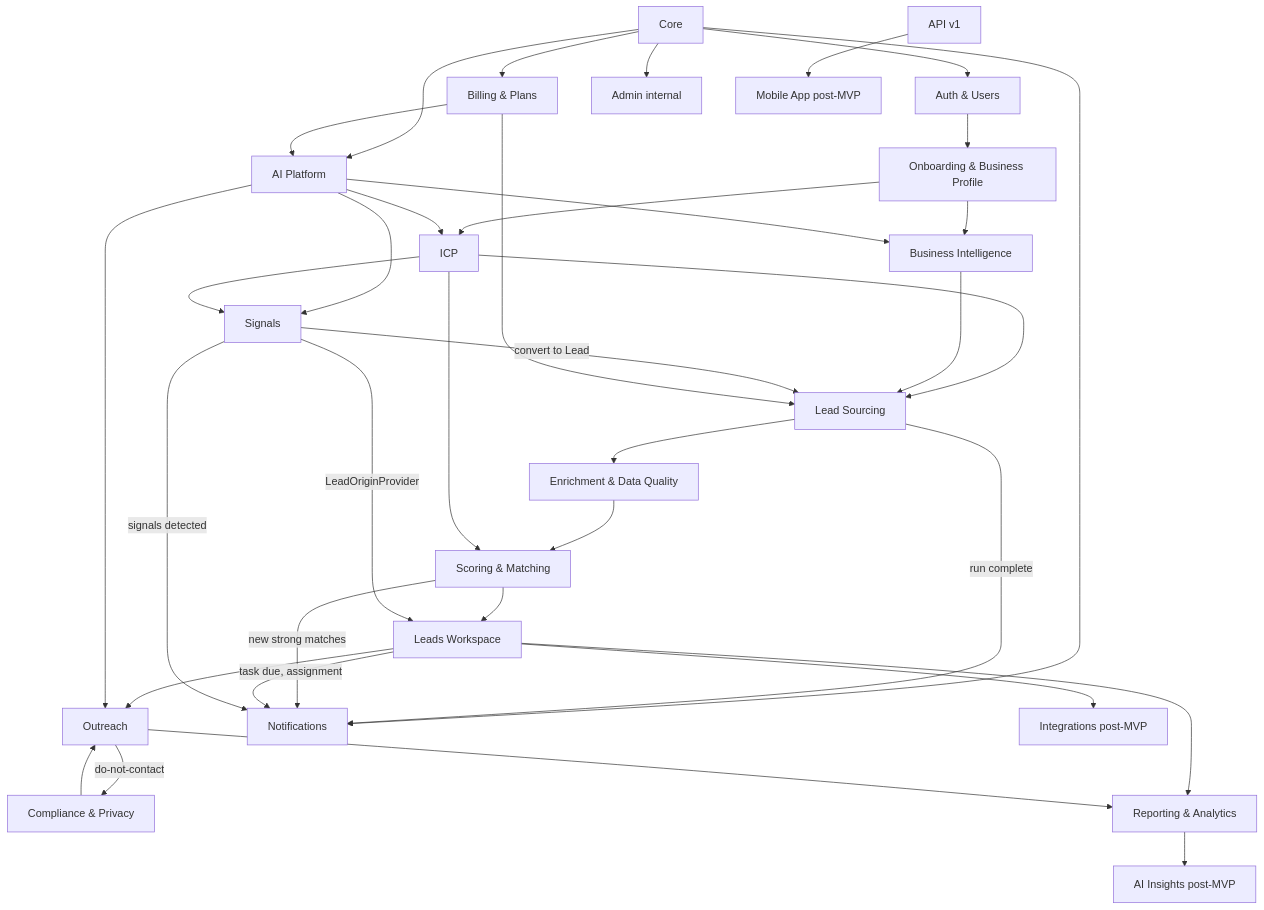
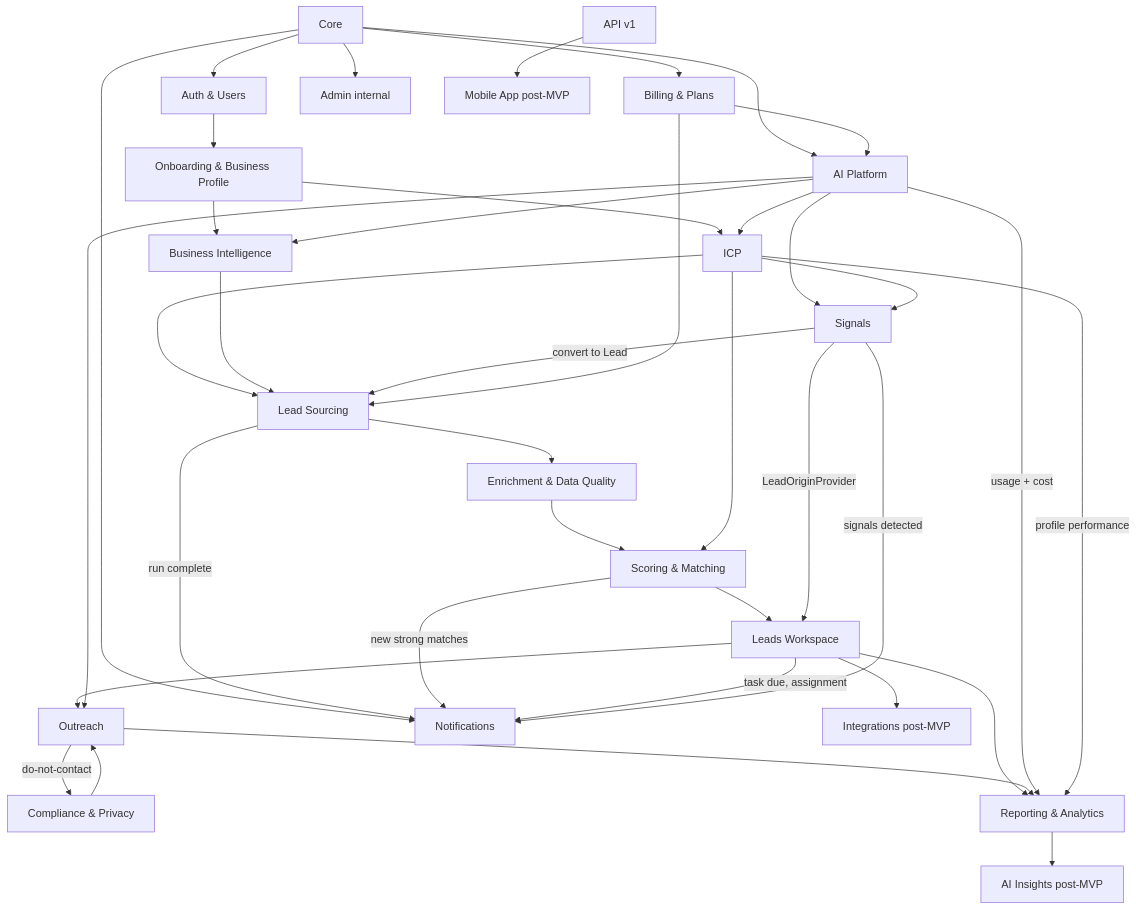
One commit to LordWatson/AlimaProspects changed the second of 2 diagrams in docs/architecture.md. Above: the diagram before and after it, drawn with Mermaid. The commit also changed other lines of this file and 65 other files, not shown here.

````diff
--- a/docs/architecture.md
+++ b/docs/architecture.md
@@ -39,38 +39,40 @@
 ```mermaid
 flowchart TD
   Core --> Auth[Auth & Users]
   Core --> AIp[AI Platform]
   Auth --> Onb[Onboarding & Business Profile]
   Onb --> BI[Business Intelligence]
   Onb --> ICP
   AIp --> BI
   AIp --> ICP
   ICP --> LS[Lead Sourcing]
   BI --> LS
   LS --> Enr[Enrichment & Data Quality]
   Enr --> Sc[Scoring & Matching]
   ICP --> Sc
   Sc --> LW[Leads Workspace]
   AIp --> Sig[Signals]
   ICP --> Sig
   Sig -->|convert to Lead| LS
   Sig -->|LeadOriginProvider| LW
   LW --> Out[Outreach]
   AIp --> Out
   Comp[Compliance & Privacy] --> Out
   LW --> Rep[Reporting & Analytics]
   Out --> Rep
+  AIp -->|usage + cost| Rep
+  ICP -->|profile performance| Rep
   Rep --> Ins[AI Insights post-MVP]
   Core --> Notif[Notifications]
   LS -->|run complete| Notif
   Sc -->|new strong matches| Notif
   LW -->|task due, assignment| Notif
   Sig -->|signals detected| Notif
   Out -->|do-not-contact| Comp
   Core --> Bill[Billing & Plans]
   Bill --> AIp
   Bill --> LS
   Core --> Admin[Admin internal]
   LW --> Integ[Integrations post-MVP]
   API[API v1] --> Mob[Mobile App post-MVP]
 ```
````
